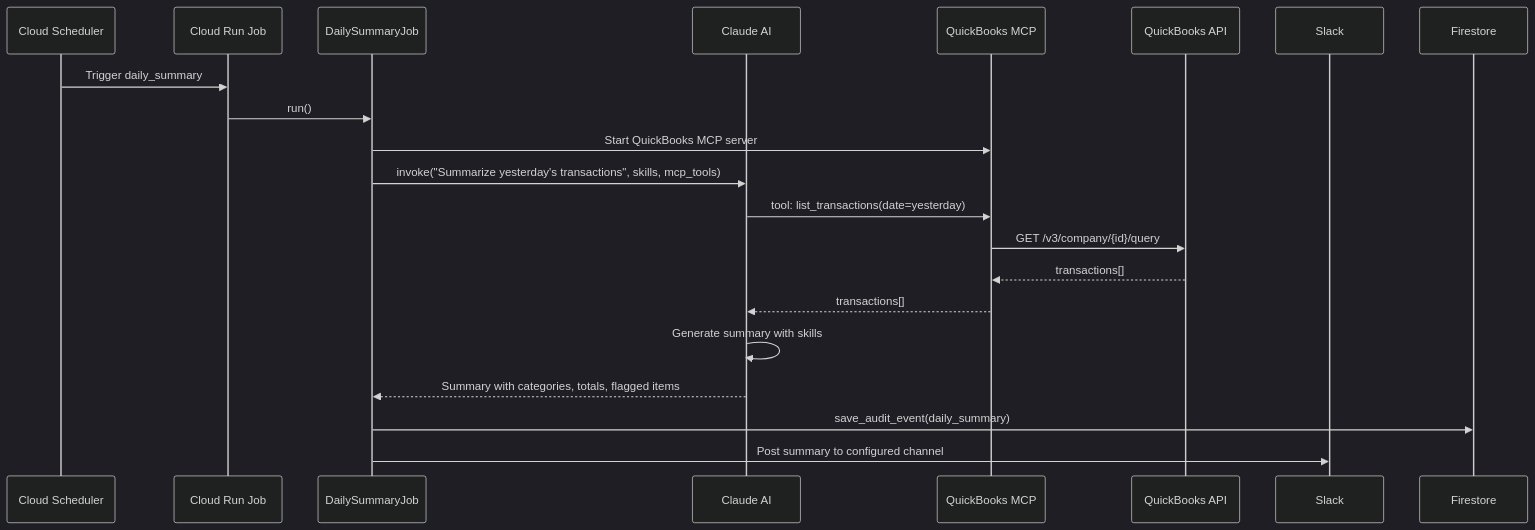
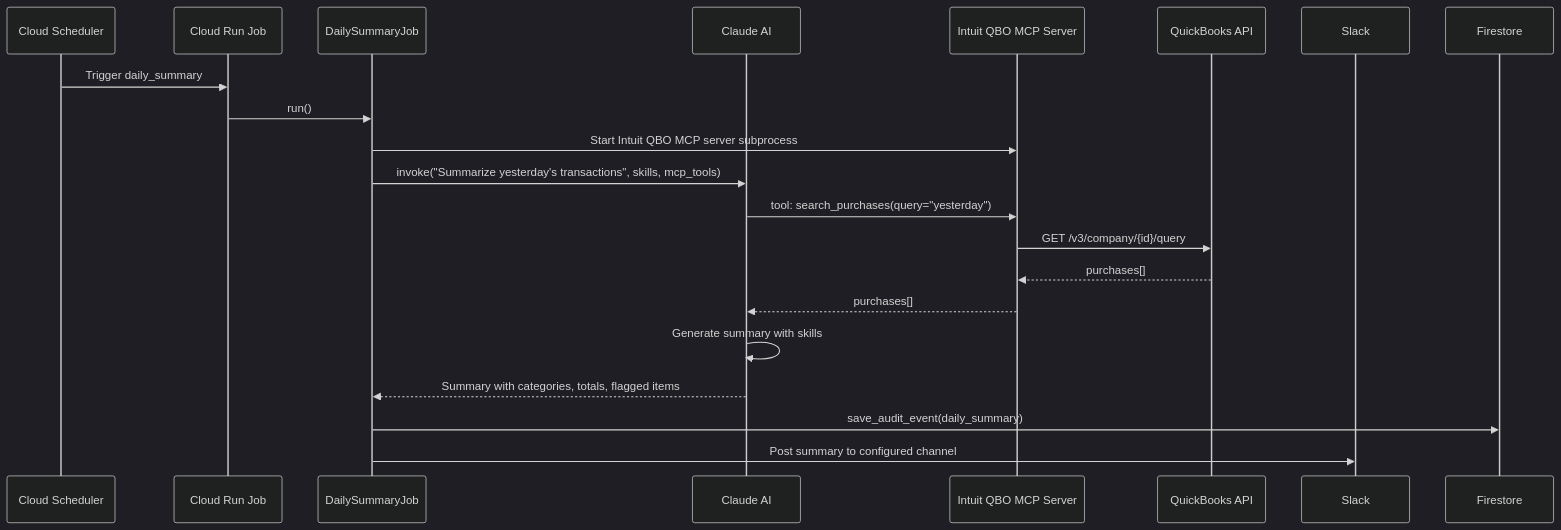
The fourth of 5 diagrams in docs/PRD.md (cfokit/cfokit), drawn with Mermaid (dark theme) before and after one commit. The commit also changed other lines of this file and 1 other file, not shown here.

First line of the commit message:
Use Intuit's official QuickBooks MCP server instead of building our own

````diff
--- a/docs/PRD.md
+++ b/docs/PRD.md
@@ -130,26 +133,26 @@
 ```mermaid
 sequenceDiagram
     participant Scheduler as Cloud Scheduler
     participant Job as Cloud Run Job
     participant Logic as DailySummaryJob
     participant Claude as Claude AI
-    participant MCP as QuickBooks MCP
+    participant MCP as Intuit QBO MCP Server
     participant QB as QuickBooks API
     participant Slack
 
     Scheduler->>Job: Trigger daily_summary
     Job->>Logic: run()
-    Logic->>MCP: Start QuickBooks MCP server
+    Logic->>MCP: Start Intuit QBO MCP server subprocess
     Logic->>Claude: invoke("Summarize yesterday's transactions", skills, mcp_tools)
 
-    Claude->>MCP: tool: list_transactions(date=yesterday)
+    Claude->>MCP: tool: search_purchases(query="yesterday")
     MCP->>QB: GET /v3/company/{id}/query
-    QB-->>MCP: transactions[]
-    MCP-->>Claude: transactions[]
+    QB-->>MCP: purchases[]
+    MCP-->>Claude: purchases[]
 
     Claude->>Claude: Generate summary with skills
     Claude-->>Logic: Summary with categories, totals, flagged items
 
     Logic->>Firestore: save_audit_event(daily_summary)
     Logic->>Slack: Post summary to configured channel
 ```
````
